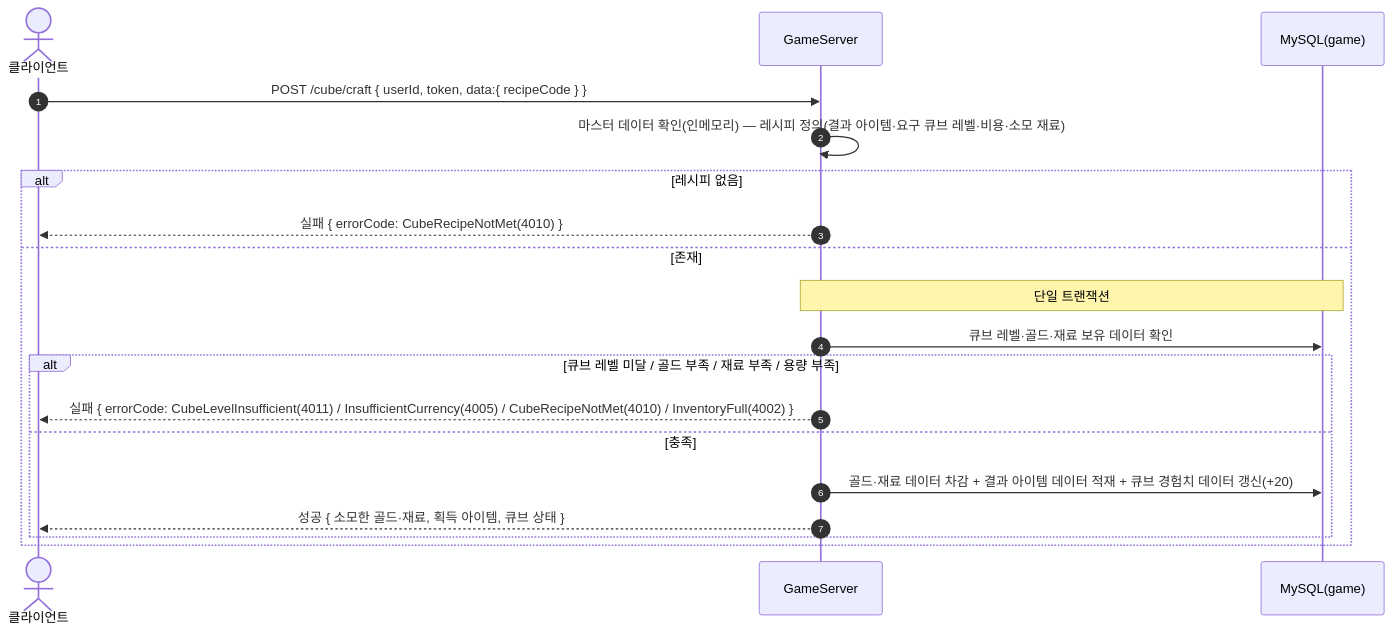
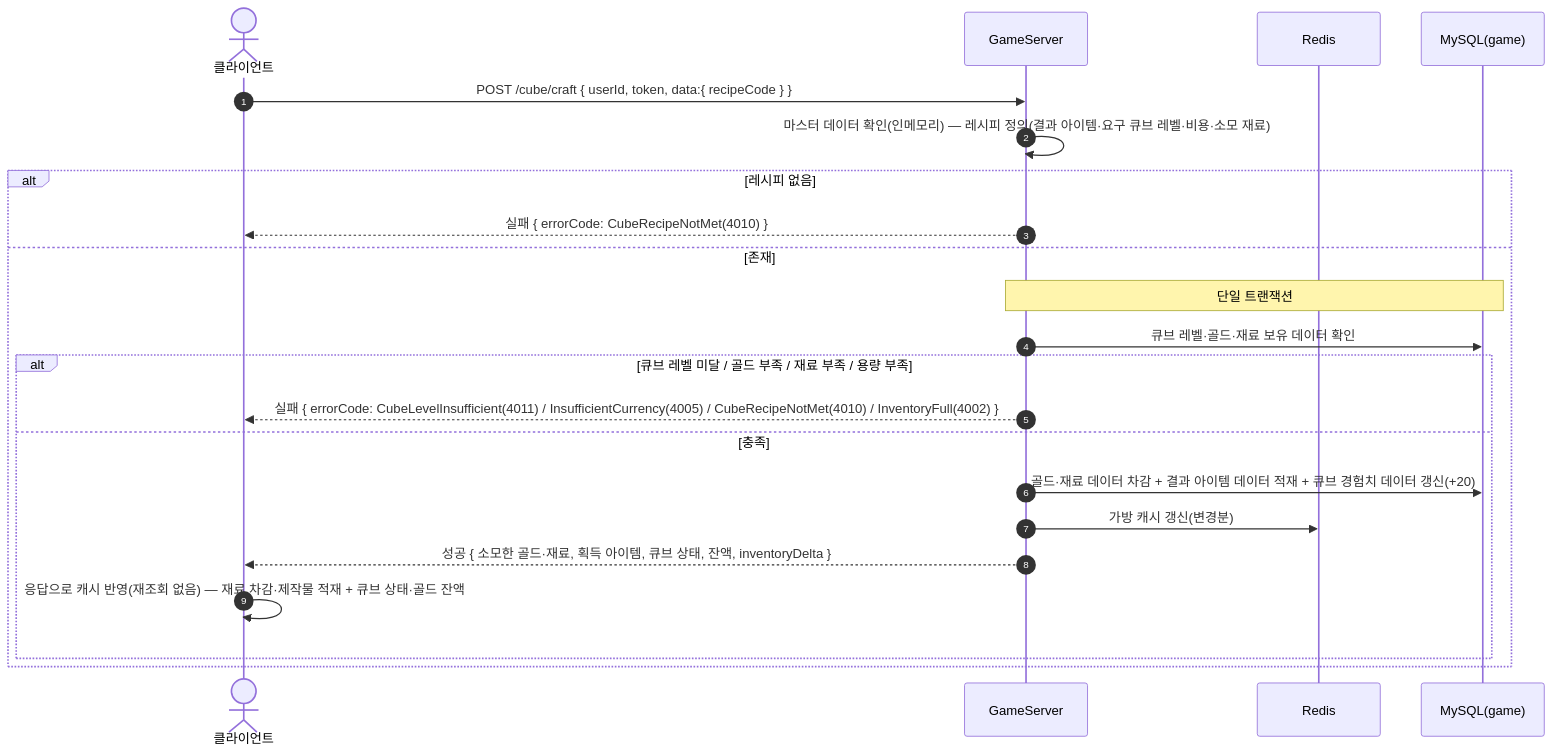
One commit to ks-wook/com2us-taskbar-hero changed diagram 20 of 35 in SequenceDiagram/README.md. Above: the diagram before and after it, drawn with Mermaid. The commit also changed other lines of this file and 13 other files, not shown here.

````diff
--- a/SequenceDiagram/README.md
+++ b/SequenceDiagram/README.md
@@ -620,22 +659,25 @@
 ```mermaid
 sequenceDiagram
     autonumber
     actor C as 클라이언트
     participant S as GameServer
+    participant R as Redis
     participant DB as MySQL(game)
 
     C->>S: POST /cube/craft { userId, token, data:{ recipeCode } }
     S->>S: 마스터 데이터 확인(인메모리) — 레시피 정의(결과 아이템·요구 큐브 레벨·비용·소모 재료)
     alt 레시피 없음
         S-->>C: 실패 { errorCode: CubeRecipeNotMet(4010) }
     else 존재
         Note over S,DB: 단일 트랜잭션
         S->>DB: 큐브 레벨·골드·재료 보유 데이터 확인
         alt 큐브 레벨 미달 / 골드 부족 / 재료 부족 / 용량 부족
             S-->>C: 실패 { errorCode: CubeLevelInsufficient(4011) / InsufficientCurrency(4005) / CubeRecipeNotMet(4010) / InventoryFull(4002) }
         else 충족
             S->>DB: 골드·재료 데이터 차감 + 결과 아이템 데이터 적재 + 큐브 경험치 데이터 갱신(+20)
-            S-->>C: 성공 { 소모한 골드·재료, 획득 아이템, 큐브 상태 }
+            S->>R: 가방 캐시 갱신(변경분)
+            S-->>C: 성공 { 소모한 골드·재료, 획득 아이템, 큐브 상태, 잔액, inventoryDelta }
+            C->>C: 응답으로 캐시 반영(재조회 없음) — 재료 차감·제작물 적재 + 큐브 상태·골드 잔액
         end
     end
 ```
````
